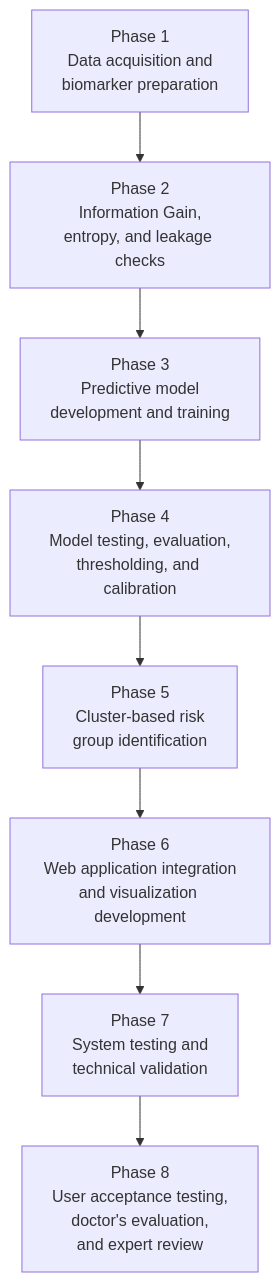
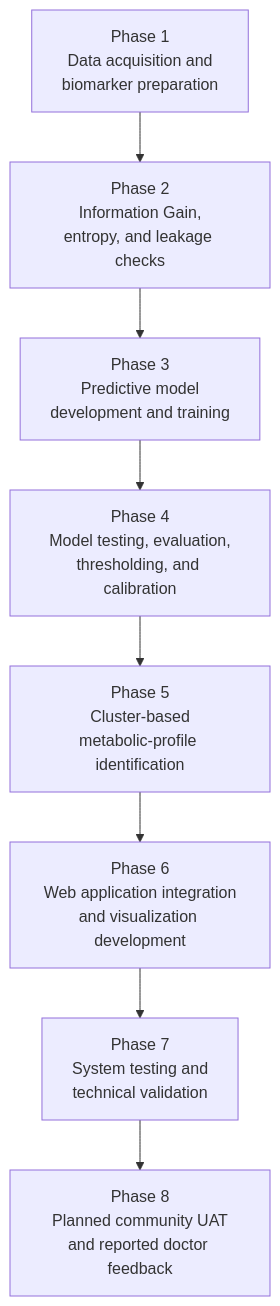
Before and after one commit to Skufu/DianaV2: the first of 6 diagrams in docs/07-research/thesis-drafts/ch3+4-final-academic-draft.md, drawn with Mermaid. The commit also changed other lines of this file and 104 other files, not shown here.

````diff
--- a/docs/07-research/thesis-drafts/ch3+4-final-academic-draft.md
+++ b/docs/07-research/thesis-drafts/ch3+4-final-academic-draft.md
@@ -19,13 +21,13 @@
 ```mermaid
 flowchart TB
     P1["Phase 1<br/>Data acquisition and<br/>biomarker preparation"]
     P2["Phase 2<br/>Information Gain,<br/>entropy, and leakage checks"]
     P3["Phase 3<br/>Predictive model<br/>development and training"]
     P4["Phase 4<br/>Model testing, evaluation,<br/>thresholding, and calibration"]
-    P5["Phase 5<br/>Cluster-based risk<br/>group identification"]
+    P5["Phase 5<br/>Cluster-based<br/>metabolic-profile identification"]
     P6["Phase 6<br/>Web application integration<br/>and visualization development"]
     P7["Phase 7<br/>System testing and<br/>technical validation"]
-    P8["Phase 8<br/>User acceptance testing,<br/>doctor's evaluation,<br/>and expert review"]
+    P8["Phase 8<br/>Planned community UAT<br/>and reported doctor feedback"]
 
     P1 --> P2 --> P3 --> P4 --> P5 --> P6 --> P7 --> P8
 ```
````
